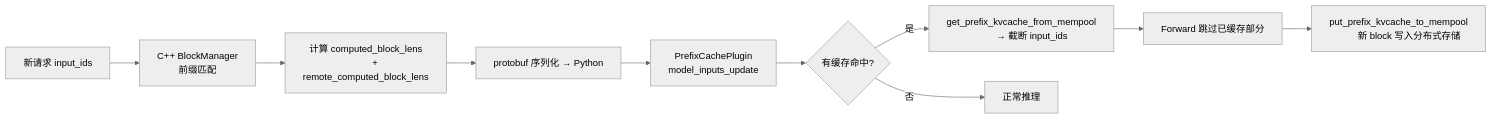
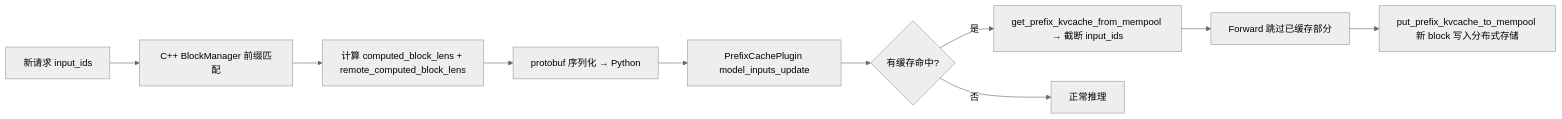
One commit to Lyr-GW/interview-docs changed the diagram in docs/topics/prefix-cache.md. Above: the diagram before and after it, drawn with Mermaid (neutral theme). The commit also changed 6 other files, not shown here.

Commit message:
fix: collapse multiline mermaid labels to single line

````diff
--- a/docs/topics/prefix-cache.md
+++ b/docs/topics/prefix-cache.md
@@ -86,17 +86,12 @@
 ```mermaid
 flowchart LR
-    A[新请求 input_ids] --> B[C++ BlockManager
-        前缀匹配]
-    B --> C[计算 computed_block_lens
-        + remote_computed_block_lens]
+    A[新请求 input_ids] --> B[C++ BlockManager 前缀匹配]
+    B --> C[计算 computed_block_lens + remote_computed_block_lens]
     C --> D[protobuf 序列化 → Python]
-    D --> E[PrefixCachePlugin
-        model_inputs_update]
+    D --> E[PrefixCachePlugin model_inputs_update]
     E --> F{有缓存命中?}
-    F -->|是| G[get_prefix_kvcache_from_mempool
-        → 截断 input_ids]
+    F -->|是| G[get_prefix_kvcache_from_mempool → 截断 input_ids]
     F -->|否| H[正常推理]
     G --> I[Forward 跳过已缓存部分]
-    I --> J[put_prefix_kvcache_to_mempool
-        新 block 写入分布式存储]
+    I --> J[put_prefix_kvcache_to_mempool 新 block 写入分布式存储]
 ```
````
